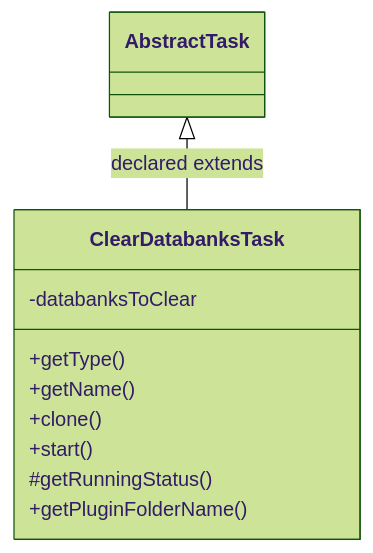
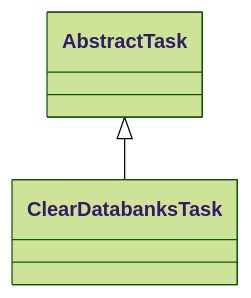
Before and after one commit to haruperi/HaruQuantAI: the diagram in docs/sqx/CustomProjects/TaskClearDatabanks.md, drawn with Mermaid (forest theme). The commit also changed other lines of this file and 1688 other files, not shown here.

````diff
--- a/docs/sqx/CustomProjects/TaskClearDatabanks.md
+++ b/docs/sqx/CustomProjects/TaskClearDatabanks.md
@@ -30,14 +26,6 @@
 ```mermaid
 classDiagram
-    class C0562817d8106["ClearDatabanksTask"] {
-        -databanksToClear
-        +getType()
-        +getName()
-        +clone()
-        +start()
-        #getRunningStatus()
-        +getPluginFolderName()
-    }
-    class Ce44d386802cb["AbstractTask"]
-    Ce44d386802cb <|-- C0562817d8106 : declared extends
+    class C0["ClearDatabanksTask"]
+    class E0["AbstractTask"]
+    E0 <|-- C0
 ```
````
